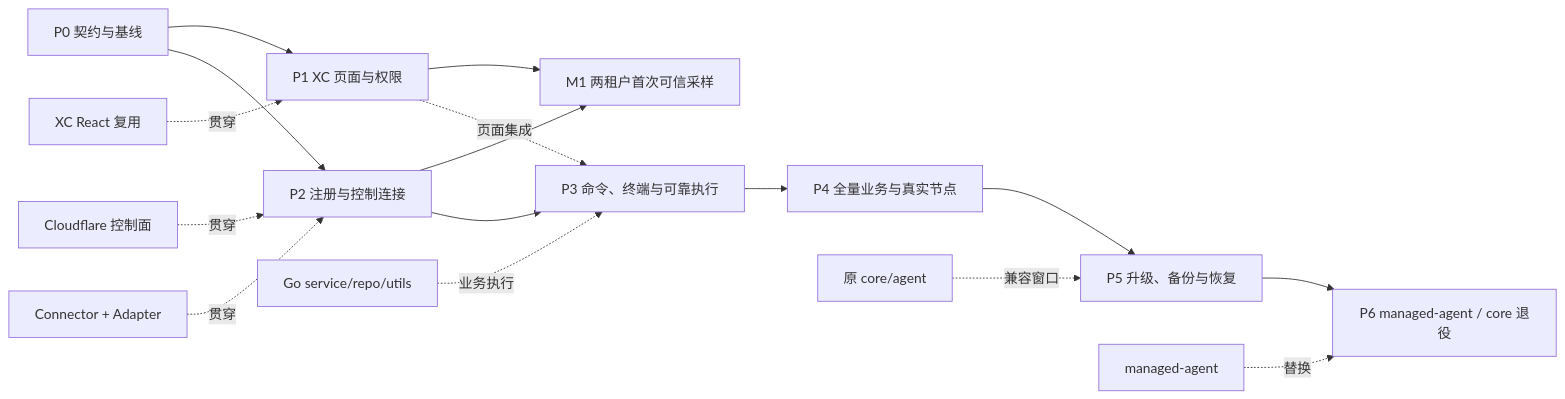
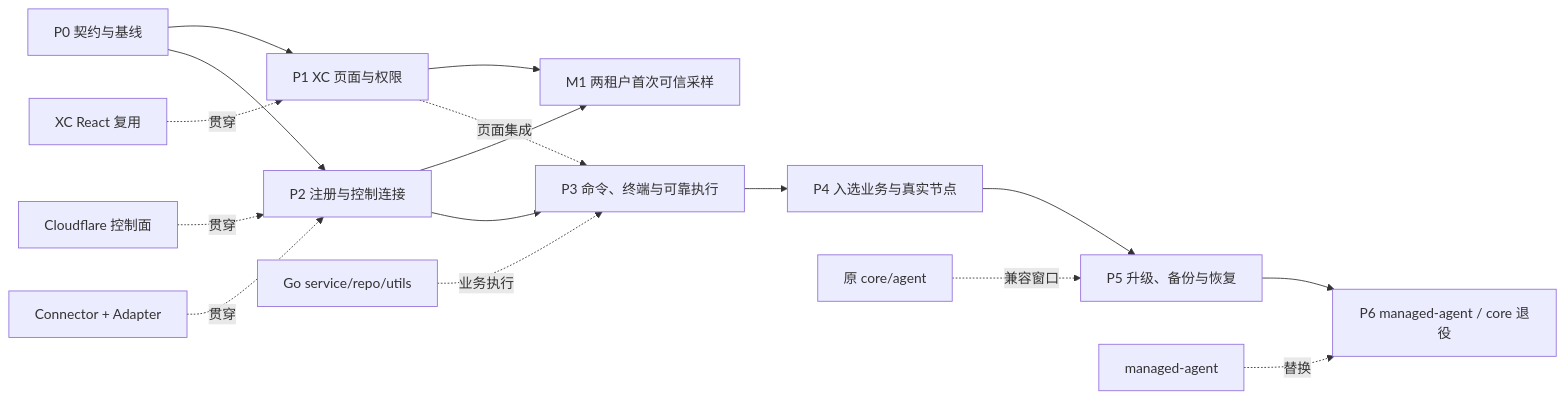
Before and after one commit to XCAngelWatch/AngelFleetPRD: the ninth of 14 diagrams in docs/technical-plan.md, drawn with Mermaid. The commit also changed other lines of this file and 7 other files, not shown here.

````diff
--- a/docs/technical-plan.md
+++ b/docs/technical-plan.md
@@ -401,18 +403,18 @@
 ```mermaid
 flowchart LR
     P0[P0 契约与基线] --> P1[P1 XC 页面与权限]
     P0 --> P2[P2 注册与控制连接]
     P1 --> M1[M1 两租户首次可信采样]
     P2 --> M1
     P2 --> P3[P3 命令、终端与可靠执行]
     P1 -.页面集成.-> P3
-    P3 --> P4[P4 全量业务与真实节点]
+    P3 --> P4[P4 入选业务与真实节点]
     P4 --> P5[P5 升级、备份与恢复]
     P5 --> P6[P6 managed-agent / core 退役]
     UI[XC React 复用] -.贯穿.-> P1
     CF[Cloudflare 控制面] -.贯穿.-> P2
     CON[Connector + Adapter] -.贯穿.-> P2
     GO[Go service/repo/utils] -.业务执行.-> P3
     CORE[原 core/agent] -.兼容窗口.-> P5
     MANAGED[managed-agent] -.替换.-> P6
 ```
````
